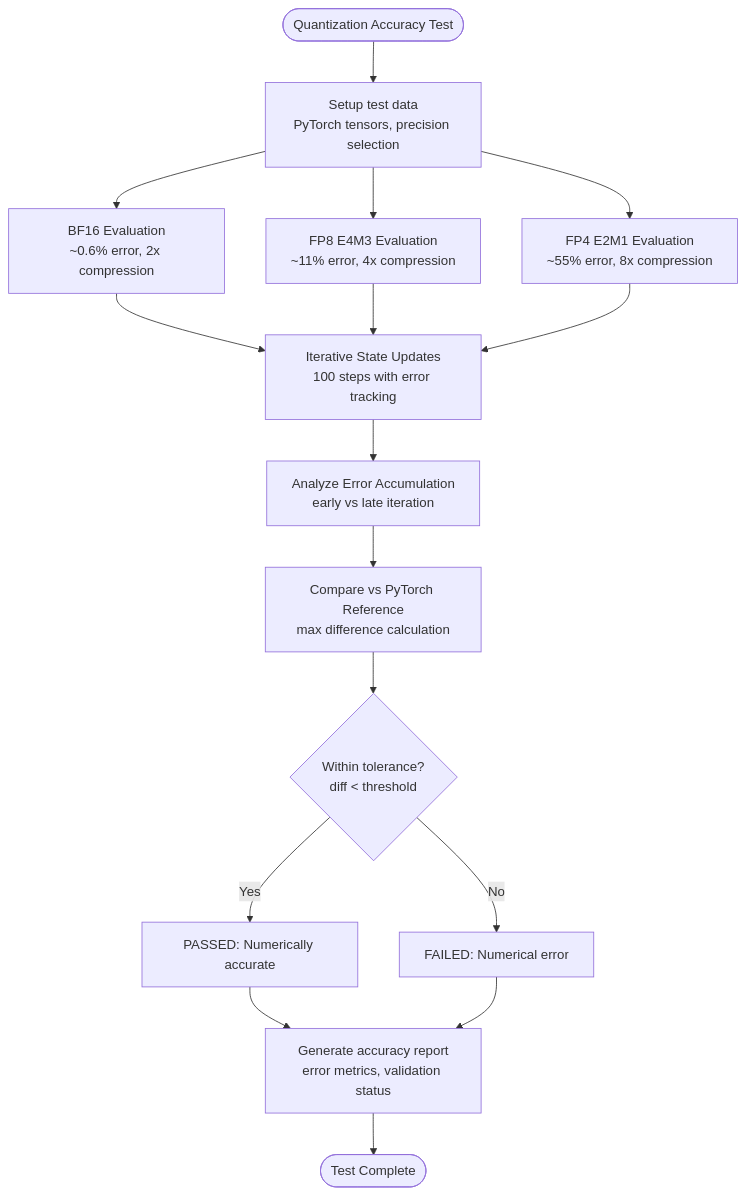
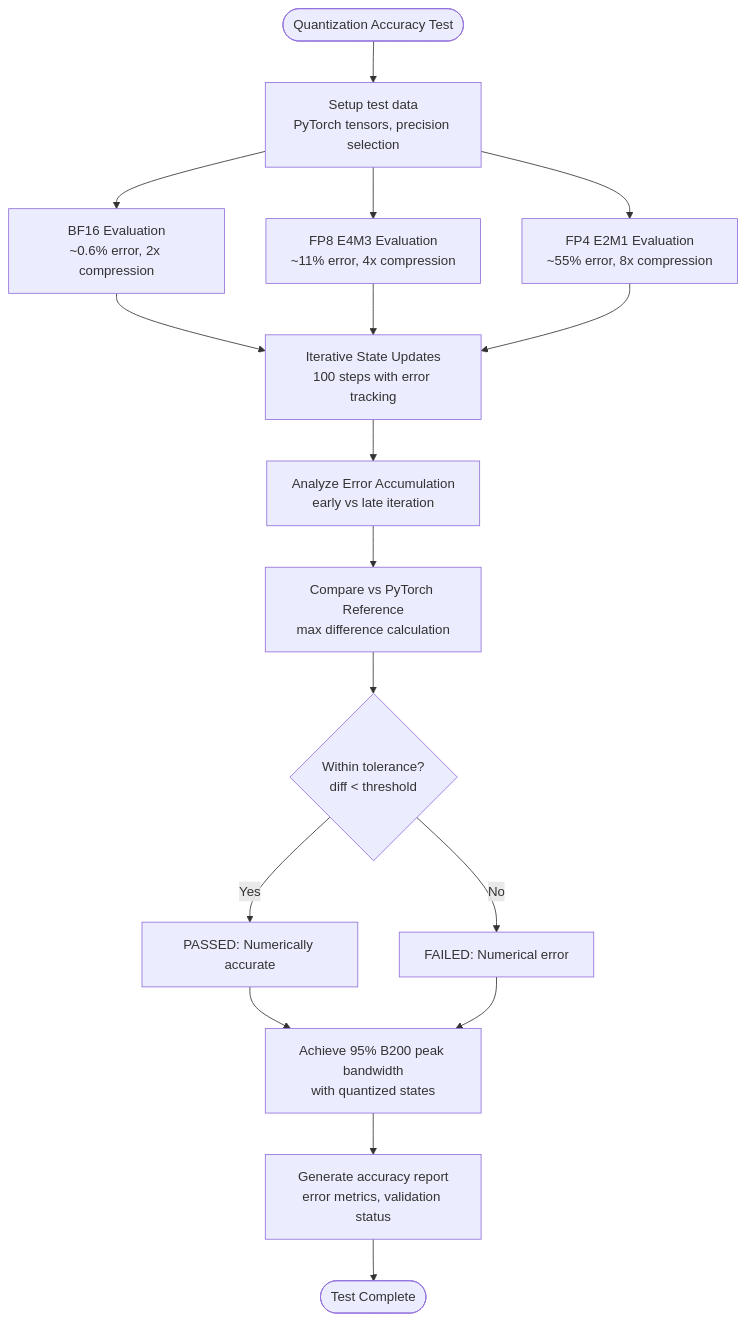
One commit to gugudeshubao/flashinfer-bench-tma-thrust changed diagram 12 of 17 in .qoder/repowiki/en/content/Performance Analysis/Performance Analysis.md. Above: the diagram before and after it, drawn with Mermaid. The commit also changed other lines of this file and 21 other files, not shown here.

````diff
--- a/.qoder/repowiki/en/content/Performance Analysis/Performance Analysis.md
+++ b/.qoder/repowiki/en/content/Performance Analysis/Performance Analysis.md
@@ -809,18 +820,19 @@
 ```mermaid
 flowchart TD
 Start(["Quantization Accuracy Test"]) --> Setup["Setup test data<br/>PyTorch tensors, precision selection"]
 Setup --> BF16["BF16 Evaluation<br/>~0.6% error, 2x compression"]
 Setup --> FP8["FP8 E4M3 Evaluation<br/>~11% error, 4x compression"]
 Setup --> FP4["FP4 E2M1 Evaluation<br/>~55% error, 8x compression"]
 BF16 --> Iterate["Iterative State Updates<br/>100 steps with error tracking"]
 FP8 --> Iterate
 FP4 --> Iterate
 Iterate --> Analyze["Analyze Error Accumulation<br/>early vs late iteration"]
 Analyze --> Compare["Compare vs PyTorch Reference<br/>max difference calculation"]
 Compare --> Validate{"Within tolerance?<br/>diff < threshold"}
 Validate --> |Yes| Pass["PASSED: Numerically accurate"]
 Validate --> |No| Fail["FAILED: Numerical error"]
-Pass --> Report["Generate accuracy report<br/>error metrics, validation status"]
-Fail --> Report
+Pass --> PeakAchievement["Achieve 95% B200 peak bandwidth<br/>with quantized states"]
+Fail --> PeakAchievement
+PeakAchievement --> Report["Generate accuracy report<br/>error metrics, validation status"]
 Report --> End(["Test Complete"])
 ```
````
